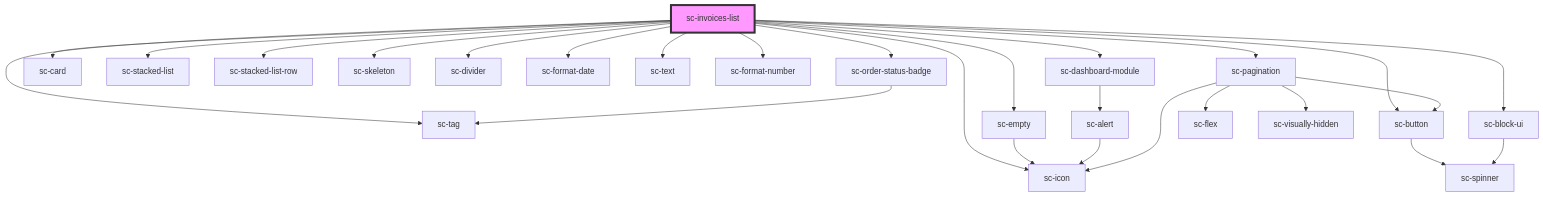
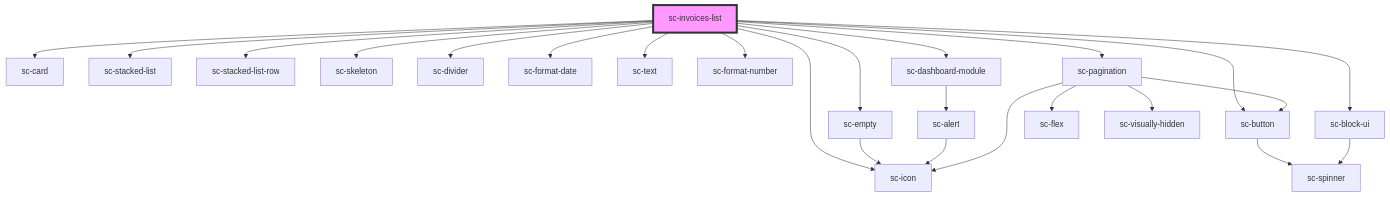
Before and after one commit to surecart/surecart-wp-plugin: the diagram in packages/components/src/components/controllers/dashboard/invoices-list/readme.md, drawn with Mermaid. The commit also changed other lines of this file and 16 other files, not shown here.

````diff
--- a/packages/components/src/components/controllers/dashboard/invoices-list/readme.md
+++ b/packages/components/src/components/controllers/dashboard/invoices-list/readme.md
@@ -39,30 +37,27 @@
 ```mermaid
 graph TD;
-  sc-invoices-list --> sc-tag
-  sc-invoices-list --> sc-order-status-badge
   sc-invoices-list --> sc-card
   sc-invoices-list --> sc-stacked-list
   sc-invoices-list --> sc-stacked-list-row
   sc-invoices-list --> sc-skeleton
   sc-invoices-list --> sc-divider
   sc-invoices-list --> sc-empty
   sc-invoices-list --> sc-format-date
   sc-invoices-list --> sc-text
   sc-invoices-list --> sc-format-number
   sc-invoices-list --> sc-dashboard-module
   sc-invoices-list --> sc-button
   sc-invoices-list --> sc-icon
   sc-invoices-list --> sc-pagination
   sc-invoices-list --> sc-block-ui
-  sc-order-status-badge --> sc-tag
   sc-empty --> sc-icon
   sc-dashboard-module --> sc-alert
   sc-alert --> sc-icon
   sc-button --> sc-spinner
   sc-pagination --> sc-flex
   sc-pagination --> sc-button
   sc-pagination --> sc-visually-hidden
   sc-pagination --> sc-icon
   sc-block-ui --> sc-spinner
   style sc-invoices-list fill:#f9f,stroke:#333,stroke-width:4px
 ```
````
